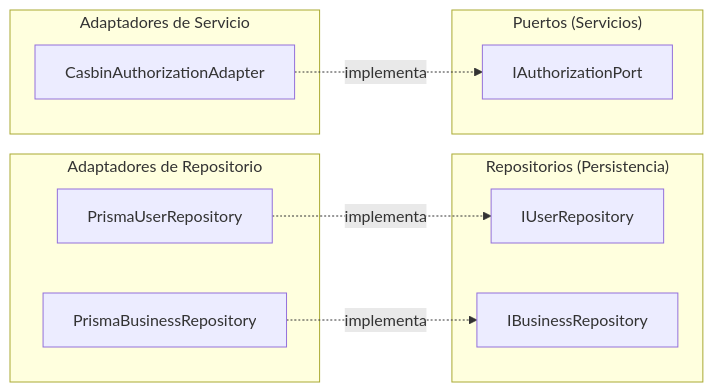
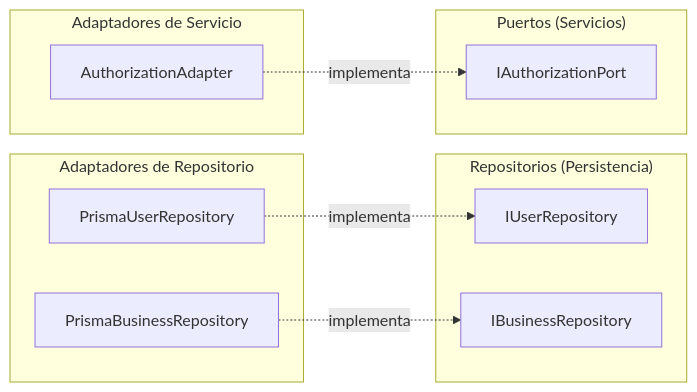
The third of 6 diagrams in docs/docs/architecture/hexagonal.md (lehi10/tuagenda), drawn with Mermaid before and after one commit. The commit also changed other lines of this file and 19 other files, not shown here.

First line of the commit message:
Removes Casbin authorization system

````diff
--- a/docs/docs/architecture/hexagonal.md
+++ b/docs/docs/architecture/hexagonal.md
@@ -163,24 +163,24 @@
 ```mermaid
 flowchart LR
     subgraph Repositories["Repositorios (Persistencia)"]
         IUser["IUserRepository"]
         IBusiness["IBusinessRepository"]
     end
 
     subgraph Ports["Puertos (Servicios)"]
         IAuth["IAuthorizationPort"]
     end
 
     subgraph RepoAdapters["Adaptadores de Repositorio"]
         PUser["PrismaUserRepository"]
         PBusiness["PrismaBusinessRepository"]
     end
 
     subgraph ServiceAdapters["Adaptadores de Servicio"]
-        CasbinAuth["CasbinAuthorizationAdapter"]
+        AuthAdapter["AuthorizationAdapter"]
     end
 
     PUser -.->|implementa| IUser
     PBusiness -.->|implementa| IBusiness
-    CasbinAuth -.->|implementa| IAuth
+    AuthAdapter -.->|implementa| IAuth
 ```
````
